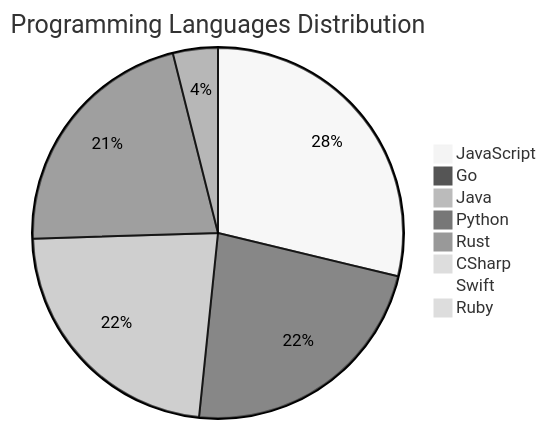
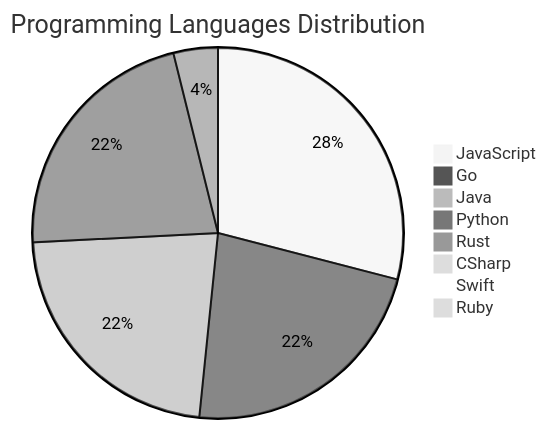
One commit to Derrick-MUGISHA/github-activity-bot changed the diagram in README.md. Above: the diagram before and after it, drawn with Mermaid (neutral theme). The commit also changed other lines of this file and 4 other files, not shown here.

````diff
--- a/README.md
+++ b/README.md
@@ -209,11 +209,11 @@
 ```mermaid
 pie title Programming Languages Distribution
-    "JavaScript" : 44
+    "JavaScript" : 45
     "Go" : 35
     "Java" : 35
-    "Python" : 33
+    "Python" : 34
     "Rust" : 6
     "CSharp" : 1
     "Swift" : 1
     "Ruby" : 1
 ```
````
